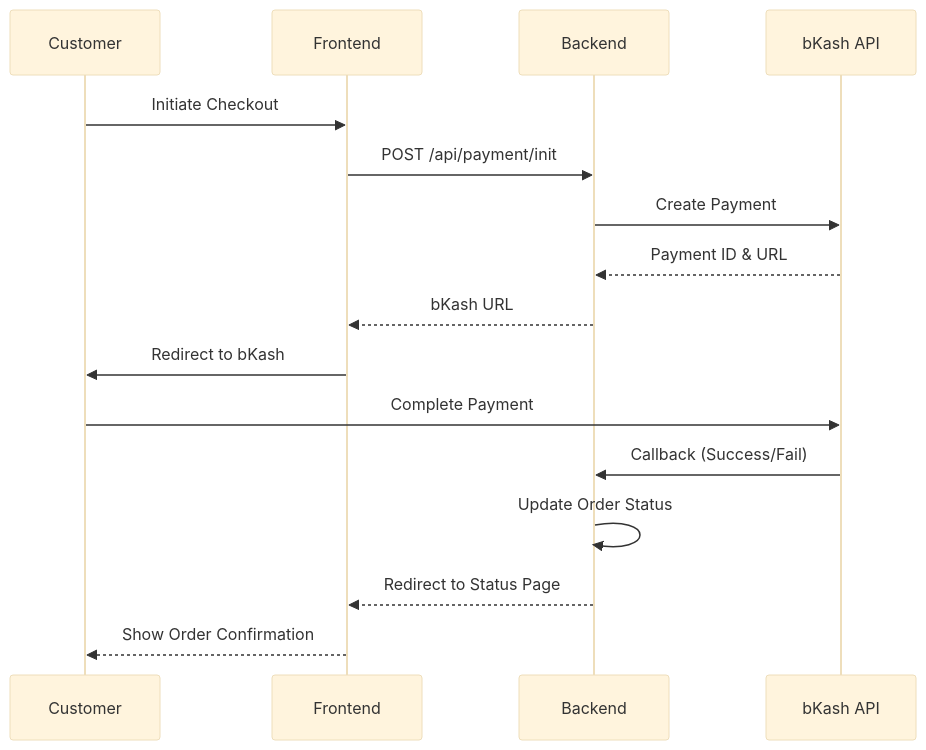
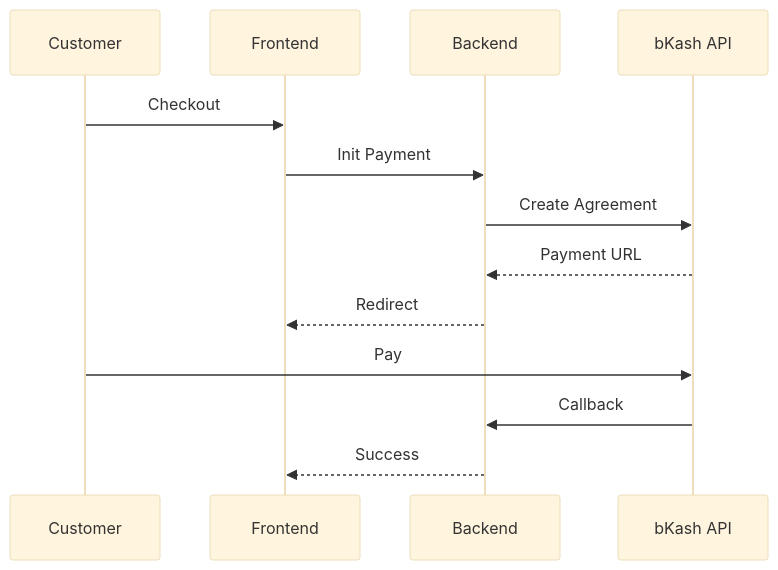
The diagram in README.md (salahuddingfx/RongRani), drawn with Mermaid (base theme) before and after one commit. The commit also changed other lines of this file, not shown here.

````diff
--- a/README.md
+++ b/README.md
@@ -467,19 +174,16 @@
 ```mermaid
 sequenceDiagram
     participant C as Customer
     participant F as Frontend
     participant B as Backend
     participant bK as bKash API
     
-    C->>F: Initiate Checkout
-    F->>B: POST /api/payment/init
-    B->>bK: Create Payment
-    bK-->>B: Payment ID & URL
-    B-->>F: bKash URL
-    F->>C: Redirect to bKash
-    C->>bK: Complete Payment
-    bK->>B: Callback (Success/Fail)
-    B->>B: Update Order Status
-    B-->>F: Redirect to Status Page
-    F-->>C: Show Order Confirmation
+    C->>F: Checkout
+    F->>B: Init Payment
+    B->>bK: Create Agreement
+    bK-->>B: Payment URL
+    B-->>F: Redirect
+    C->>bK: Pay
+    bK->>B: Callback
+    B-->>F: Success
 ```
````
